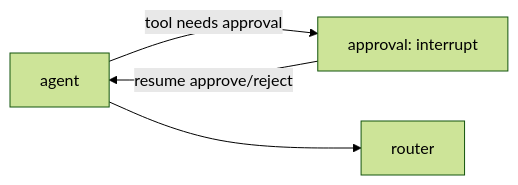
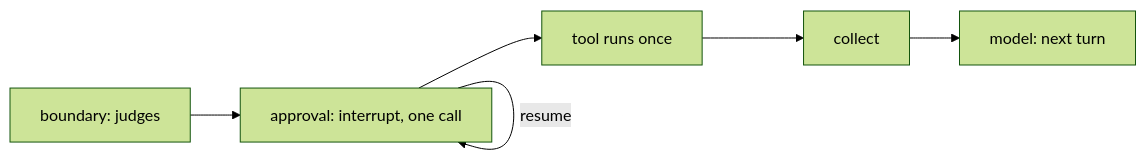
One commit to PavelRavvich/agbossjs changed the diagram in Pause-seam.md. Above: the diagram before and after it, drawn with Mermaid (forest theme). The commit also changed other lines of this file and 13 other files, not shown here.

Commit message:
docs(#150): the agent's own loop — Agents page, ADR-0015, pause seam one call per pause, reasoning attempts removed

````diff
--- a/Pause-seam.md
+++ b/Pause-seam.md
@@ -40,6 +40,7 @@
 ```mermaid
 flowchart LR
-  A[agent] -- tool needs approval --> P[approval: interrupt]
-  P -- resume approve/reject --> A
-  A --> R[router]
+  B[boundary: judges] --> P[approval: interrupt, one call]
+  P -- resume --> P
+  P --> T[tool runs once]
+  T --> C[collect] --> M[model: next turn]
 ```
````
